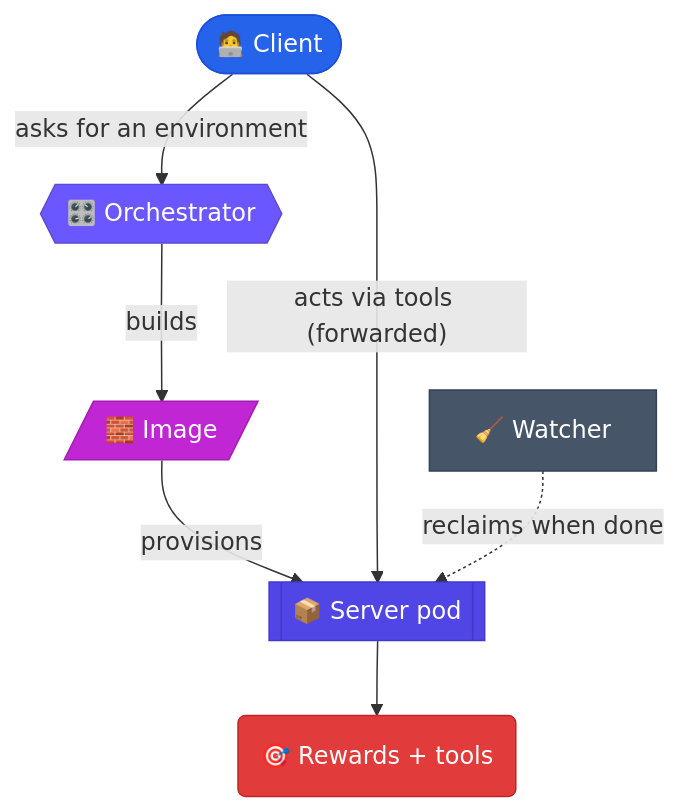
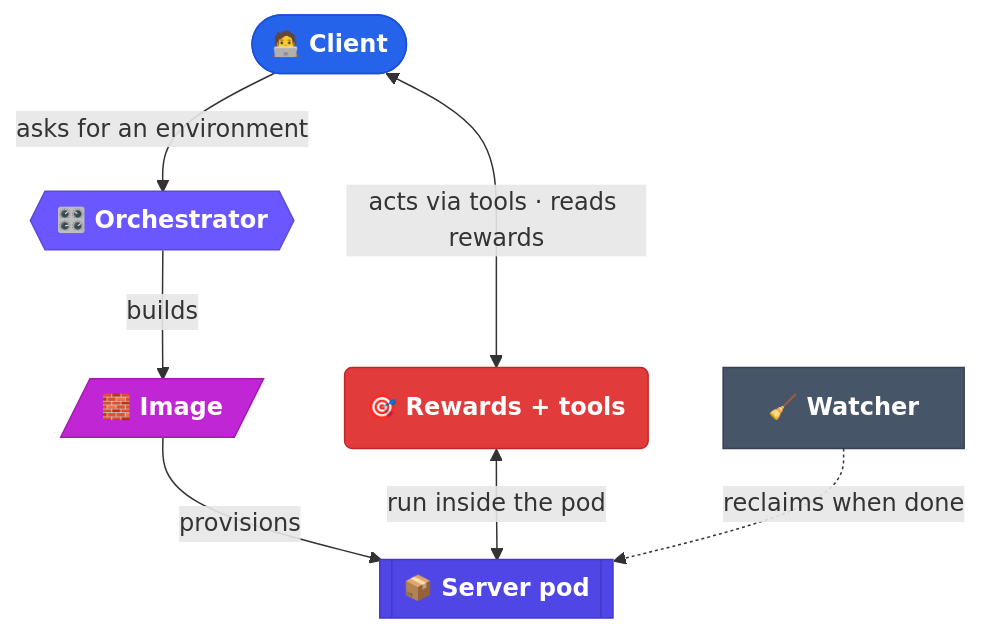
One commit to JetBrains-Research/idegym changed the diagram in website/docs/overview/concepts.md. Above: the diagram before and after it, drawn with Mermaid. The commit also changed 10 other files, not shown here.

First line of the commit message:
[JBRes-9938] diagrams: unify colors/shapes, bold titles, real tooltips, legend

````diff
--- a/website/docs/overview/concepts.md
+++ b/website/docs/overview/concepts.md
@@ -85,30 +85,30 @@
 ```mermaid
 flowchart TB
-    client(["🧑‍💻 Client"]):::client
-    orch{{"🎛️ Orchestrator"}}:::ctrl
-    image[/"🧱 Image"/]:::build
-    server[["📦 Server pod"]]:::pod
-    reward("🎯 Rewards + tools"):::tool
-    watcher["🧹 Watcher"]:::infra
+    client(["<b>🧑‍💻 Client</b>"]):::client
+    orch{{"<b>🎛️ Orchestrator</b>"}}:::ctrl
+    image[/"<b>🧱 Image</b>"/]:::build
+    server[["<b>📦 Server pod</b>"]]:::pod
+    reward("<b>🎯 Rewards + tools</b>"):::tool
+    watcher["<b>🧹 Watcher</b>"]:::infra
 
     client -->|"asks for an environment"| orch
     orch -->|"builds"| image
     image -->|"provisions"| server
-    client -->|"acts via tools (forwarded)"| server
-    server --> reward
+    client <-->|"acts via tools · reads rewards"| reward
+    reward <-->|"run inside the pod"| server
     watcher -.->|"reclaims when done"| server
 
-    click orch "/idegym/architecture/orchestrator" "Orchestrator deep dive"
-    click image "/idegym/architecture/image-builder" "Image builder deep dive"
-    click server "/idegym/architecture/server" "Server internals"
-    click reward "/idegym/architecture/rewards-tools" "Rewards and tools"
-    click watcher "/idegym/architecture/watcher" "Watcher"
-    click client "/idegym/architecture/client" "Client library"
+    click orch "/idegym/architecture/orchestrator" "Dive into the orchestrator — the control plane that manages every environment."
+    click image "/idegym/architecture/image-builder" "See how environment images are composed from plugins."
+    click server "/idegym/architecture/server" "Look inside a running, sandboxed environment pod."
+    click reward "/idegym/architecture/rewards-tools" "See what agents can do inside an environment and how runs are scored."
+    click watcher "/idegym/architecture/watcher" "See how the watcher reclaims stale environments."
+    click client "/idegym/architecture/client" "Dive into the Python client and MCP access."
 
     classDef client fill:#2563eb,stroke:#1d4ed8,color:#fff;
     classDef ctrl fill:#6b57ff,stroke:#5b4bd2,color:#fff;
     classDef build fill:#c026d3,stroke:#a21caf,color:#fff;
     classDef pod fill:#4f46e5,stroke:#4338ca,color:#fff;
     classDef tool fill:#e23b3b,stroke:#c02626,color:#fff;
     classDef infra fill:#475569,stroke:#334155,color:#fff;
 ```
````
